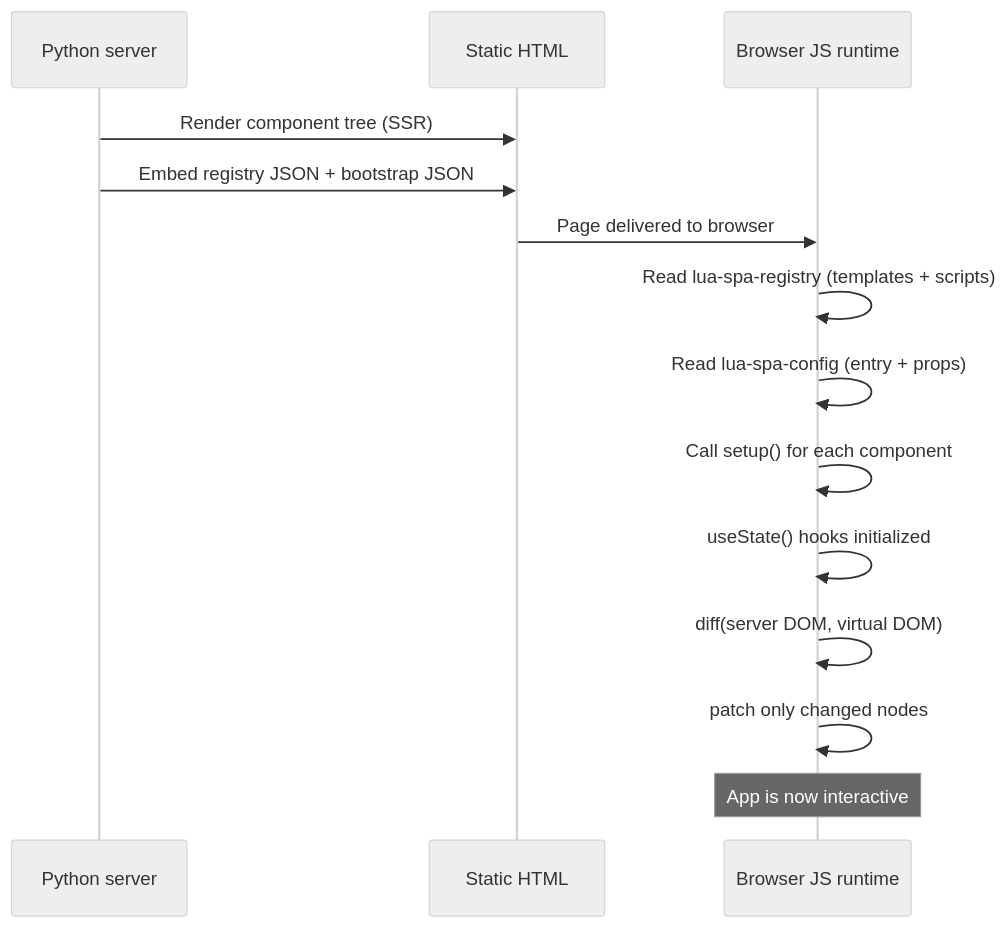
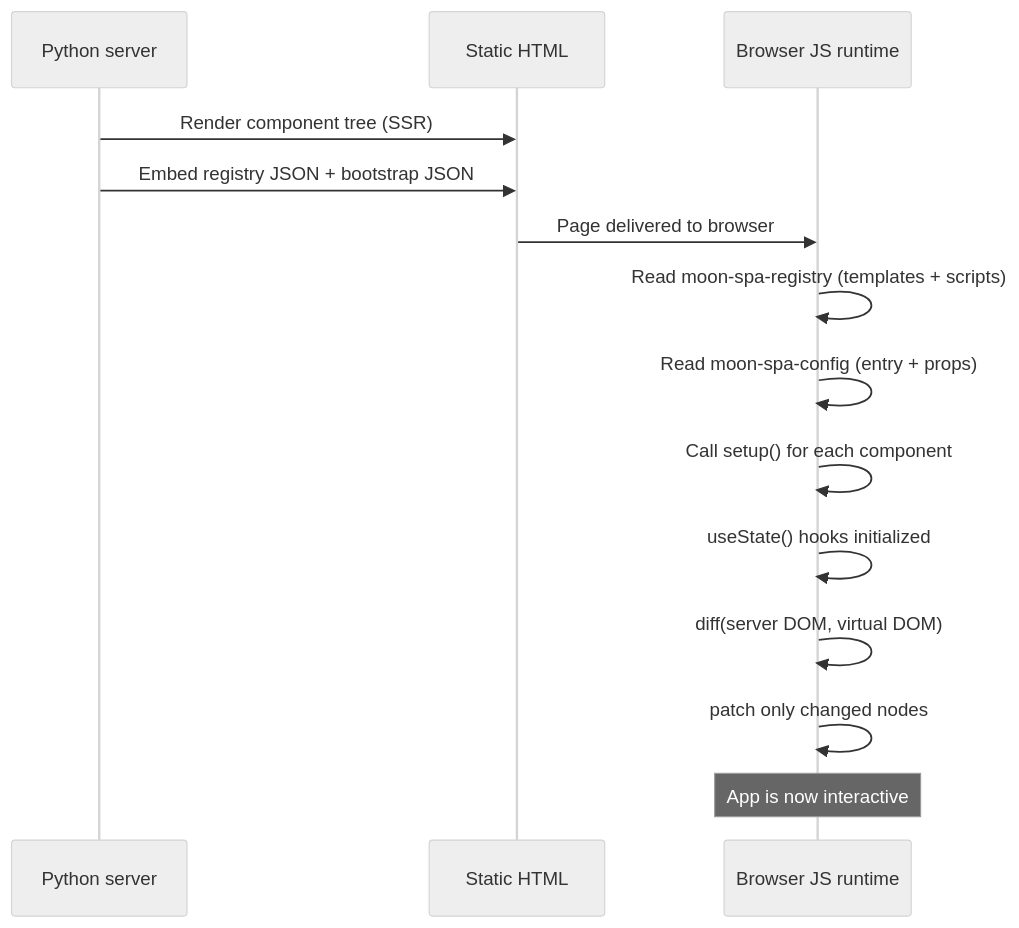
One commit to roderiano/lua-spa changed the diagram in docs/docs/guide/hydration.md. Above: the diagram before and after it, drawn with Mermaid (neutral theme). The commit also changed other lines of this file and 90 other files, not shown here.

````diff
--- a/docs/docs/guide/hydration.md
+++ b/docs/docs/guide/hydration.md
@@ -14,17 +14,17 @@
 ```mermaid
 sequenceDiagram
     participant PY as Python server
     participant HTML as Static HTML
     participant JS as Browser JS runtime
 
     PY->>HTML: Render component tree (SSR)
     PY->>HTML: Embed registry JSON + bootstrap JSON
     HTML->>JS: Page delivered to browser
-    JS->>JS: Read lua-spa-registry (templates + scripts)
-    JS->>JS: Read lua-spa-config (entry + props)
+    JS->>JS: Read moon-spa-registry (templates + scripts)
+    JS->>JS: Read moon-spa-config (entry + props)
     JS->>JS: Call setup() for each component
     JS->>JS: useState() hooks initialized
     JS->>JS: diff(server DOM, virtual DOM)
     JS->>JS: patch only changed nodes
     Note over JS: App is now interactive
 ```
````
